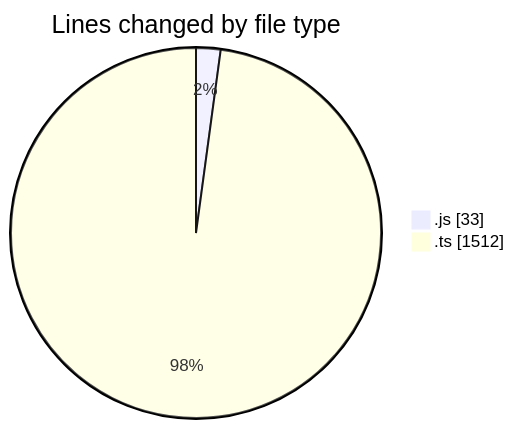
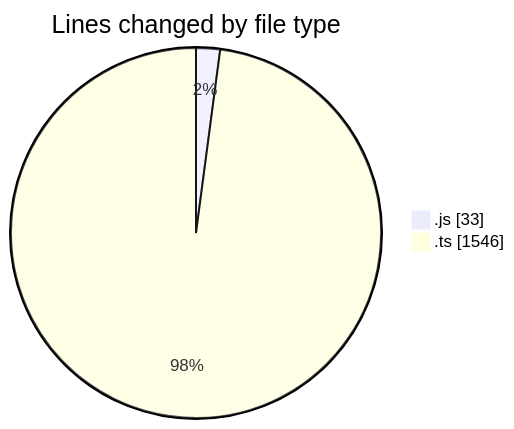
The first of 2 diagrams in 2025-09-08/cda/README.md (momahboobian/code-tracking), drawn with Mermaid before and after one commit. The commit also changed other lines of this file and 1 other file, not shown here.

````diff
--- a/2025-09-08/cda/README.md
+++ b/2025-09-08/cda/README.md
@@ -22,6 +22,6 @@
 ```mermaid
 pie showData
 title Lines changed by file type
 ".js" : 33
-".ts" : 1512
+".ts" : 1546
 ```
````
